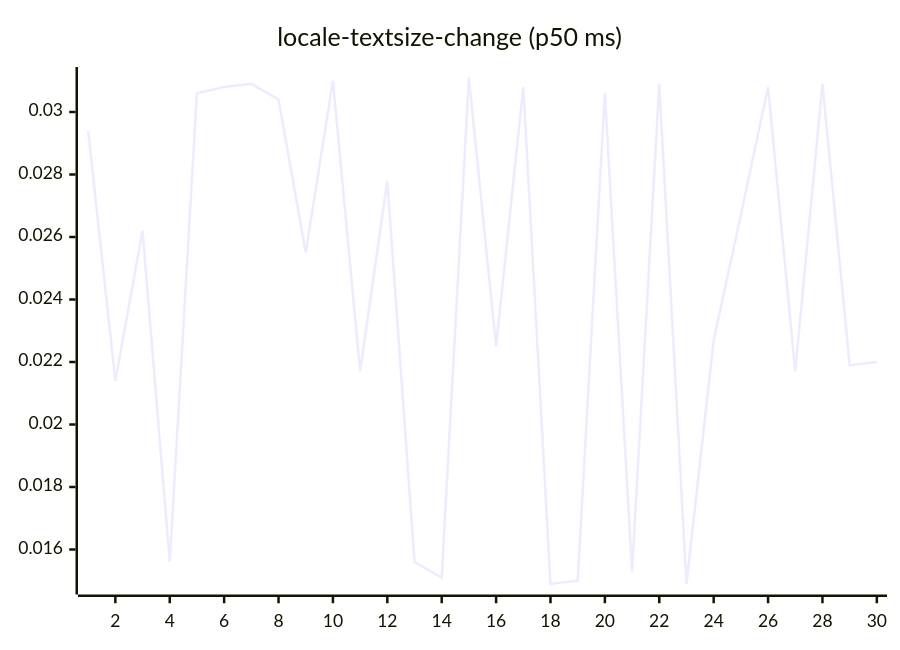
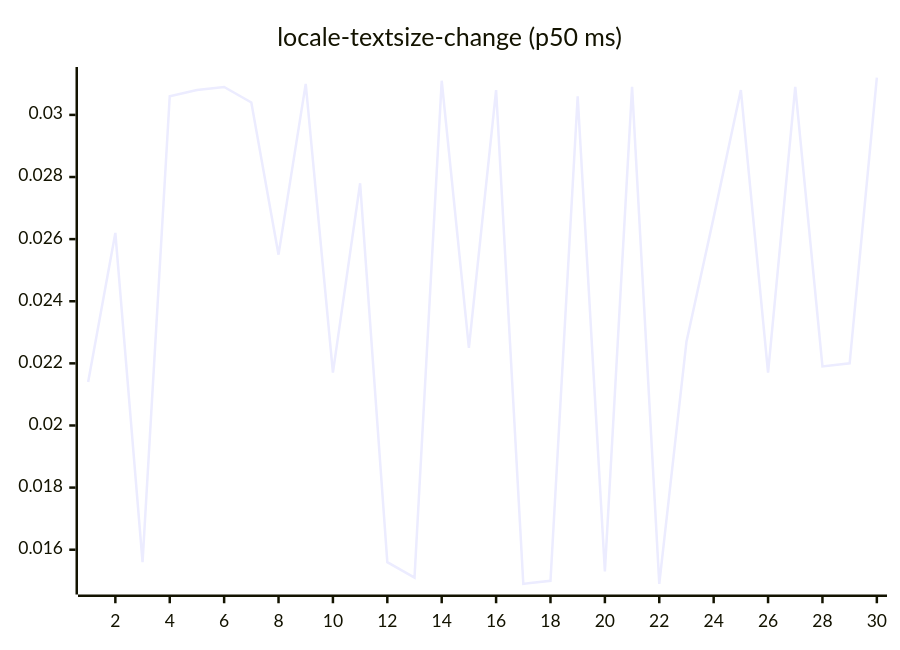
Before and after one commit to josha/Facet: diagram 13 of 27 in README.md, drawn with Mermaid. The commit also changed other lines of this file and 2 other files, not shown here.

````diff
--- a/README.md
+++ b/README.md
@@ -147,6 +147,6 @@
 ```mermaid
 xychart-beta
     title "locale-textsize-change (p50 ms)"
     x-axis 1 --> 30
-    line [0.0294, 0.0214, 0.0262, 0.0156, 0.0306, 0.0308, 0.0309, 0.0304, 0.0255, 0.0310, 0.0217, 0.0278, 0.0156, 0.0151, 0.0311, 0.0225, 0.0308, 0.0149, 0.0150, 0.0306, 0.0153, 0.0309, 0.0149, 0.0227, 0.0267, 0.0308, 0.0217, 0.0309, 0.0219, 0.0220]
+    line [0.0214, 0.0262, 0.0156, 0.0306, 0.0308, 0.0309, 0.0304, 0.0255, 0.0310, 0.0217, 0.0278, 0.0156, 0.0151, 0.0311, 0.0225, 0.0308, 0.0149, 0.0150, 0.0306, 0.0153, 0.0309, 0.0149, 0.0227, 0.0267, 0.0308, 0.0217, 0.0309, 0.0219, 0.0220, 0.0312]
 ```
````
